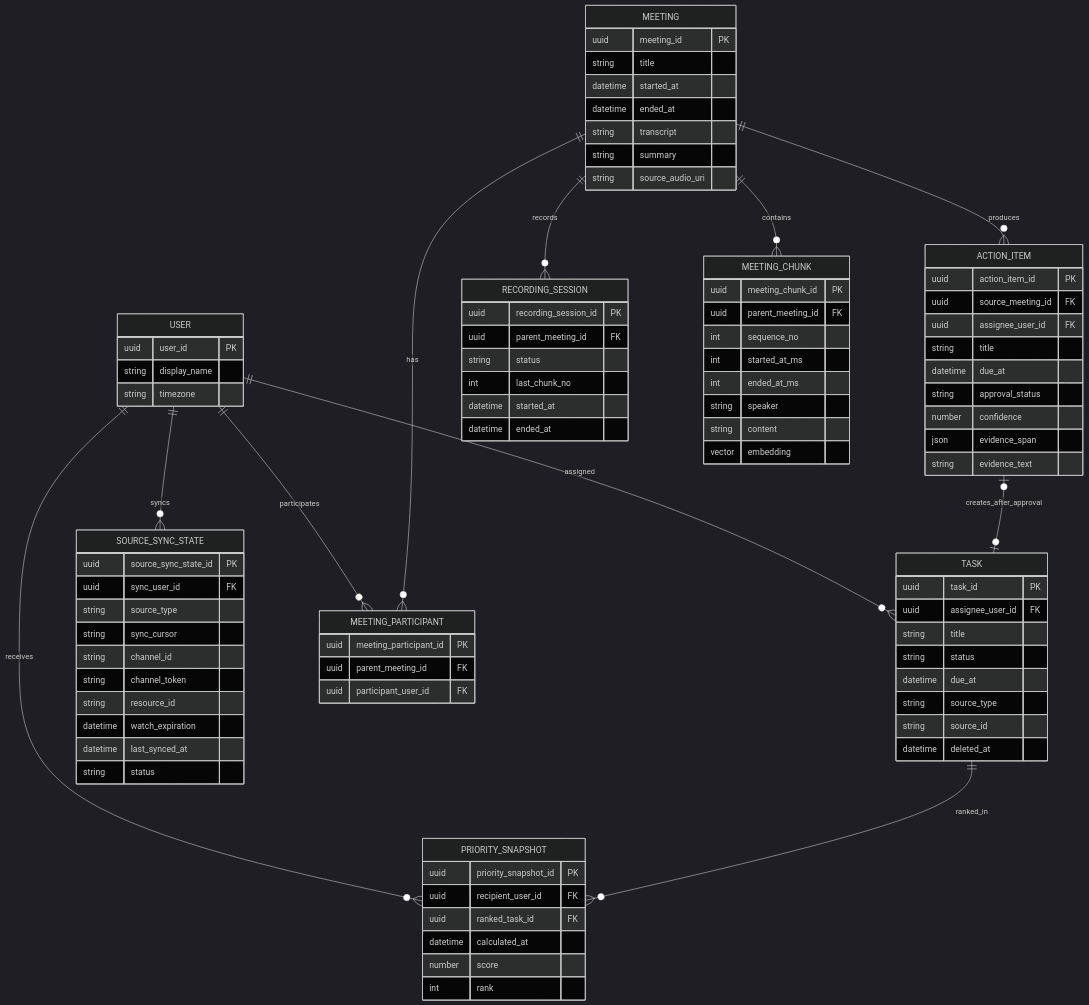
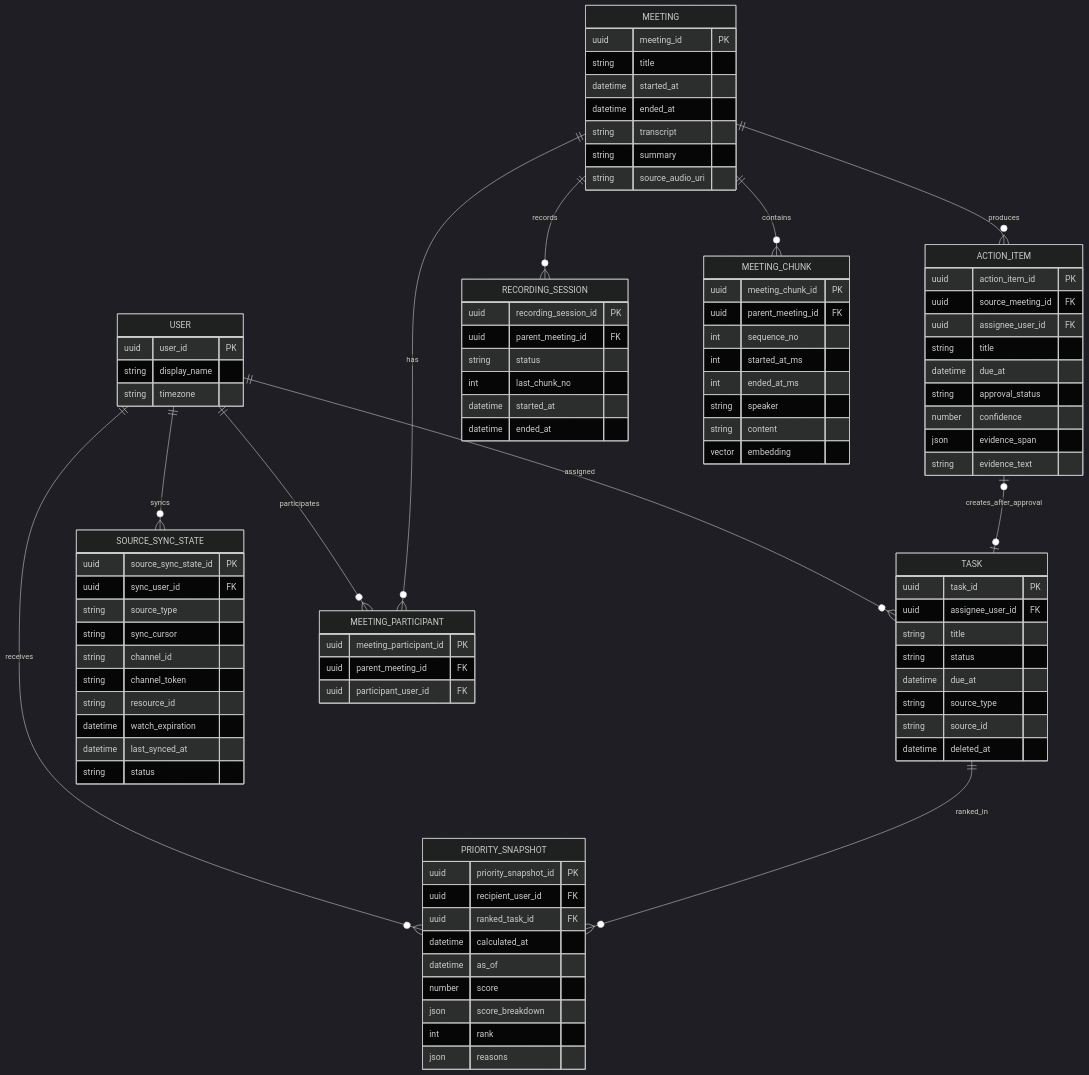
One commit to sjseo1221/workmate changed the diagram in docs/03-data-priority-rules.md. Above: the diagram before and after it, drawn with Mermaid (dark theme). The commit also changed other lines of this file and 9 other files, not shown here.

```diff
--- a/docs/03-data-priority-rules.md
+++ b/docs/03-data-priority-rules.md
@@ -179,8 +180,11 @@
         uuid recipient_user_id FK
         uuid ranked_task_id FK
         datetime calculated_at
+        datetime as_of
         number score
+        json score_breakdown
         int rank
+        json reasons
     }
 
     SOURCE_SYNC_STATE {
```
